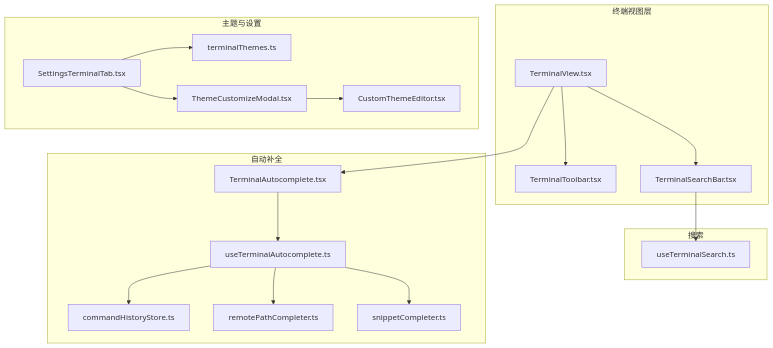
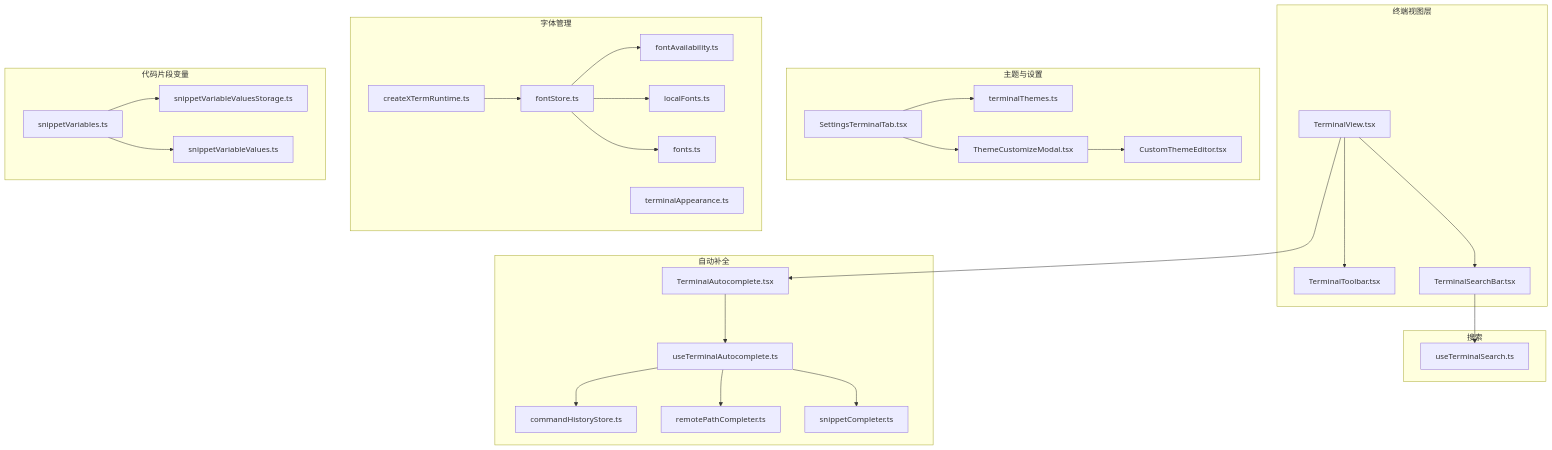
Before and after one commit to szeiyou/Netcatty: the first of 8 diagrams in .qoder/repowiki/zh/content/用户指南/终端功能/终端功能.md, drawn with Mermaid. The commit also changed other lines of this file and 6 other files, not shown here.

````diff
--- a/.qoder/repowiki/zh/content/用户指南/终端功能/终端功能.md
+++ b/.qoder/repowiki/zh/content/用户指南/终端功能/终端功能.md
@@ -44,35 +65,54 @@
 ```mermaid
 graph TB
 subgraph "终端视图层"
 TV["TerminalView.tsx"]
 TT["TerminalToolbar.tsx"]
 TS["TerminalSearchBar.tsx"]
 end
 subgraph "搜索"
 UTS["useTerminalSearch.ts"]
 end
 subgraph "自动补全"
 TAC["TerminalAutocomplete.tsx"]
 UTAC["useTerminalAutocomplete.ts"]
 CHS["commandHistoryStore.ts"]
 RPC["remotePathCompleter.ts"]
 SC["snippetCompleter.ts"]
 end
 subgraph "主题与设置"
 ST["SettingsTerminalTab.tsx"]
 SCM["ThemeCustomizeModal.tsx"]
 CTE["CustomThemeEditor.tsx"]
 TTCONF["terminalThemes.ts"]
 end
+subgraph "字体管理"
+FS["fontStore.ts"]
+FT["fonts.ts"]
+FA["fontAvailability.ts"]
+LF["localFonts.ts"]
+CRT["createXTermRuntime.ts"]
+TA["terminalAppearance.ts"]
+end
+subgraph "代码片段变量"
+SV["snippetVariables.ts"]
+SVS["snippetVariableValuesStorage.ts"]
+SVV["snippetVariableValues.ts"]
+end
 TV --> TT
 TV --> TS
 TV --> TAC
 TS --> UTS
 TAC --> UTAC
 UTAC --> CHS
 UTAC --> RPC
 UTAC --> SC
 ST --> TTCONF
 ST --> SCM
 SCM --> CTE
+FS --> FA
+FS --> LF
+FS --> FT
+CRT --> FS
+SV --> SVS
+SV --> SVV
 ```
````
